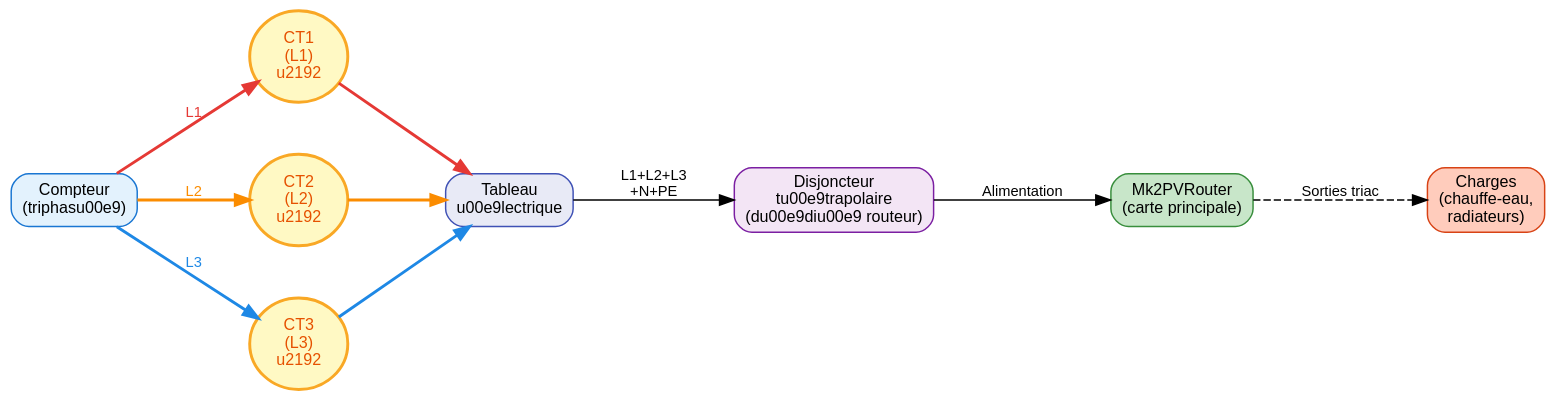
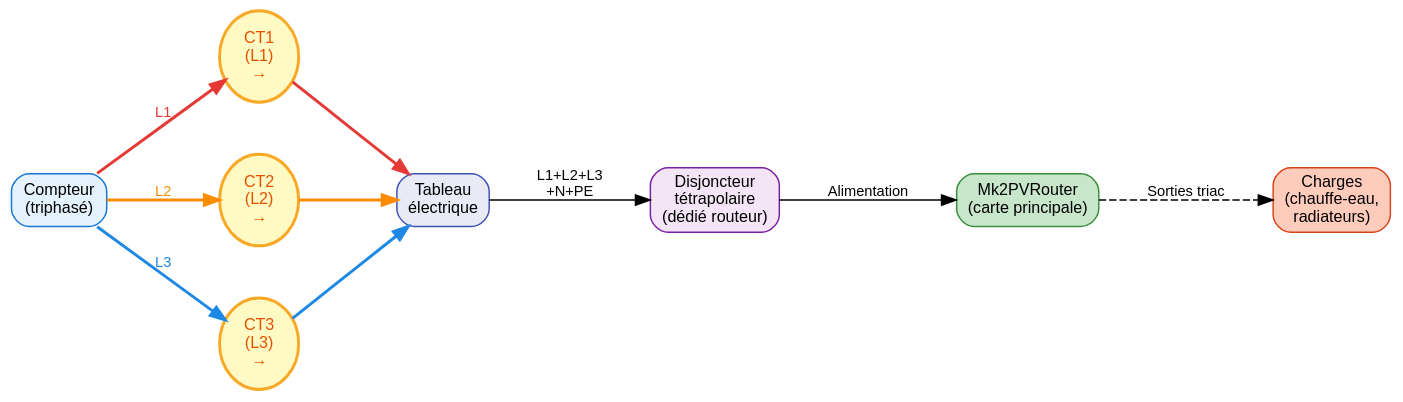
One commit to FredM67/Mk2PVRouter changed the second of 2 diagrams in content/installation-finale.rst. Above: the diagram before and after it, drawn with Graphviz. The commit also changed other lines of this file, not shown here.

Commit message:
fix: replace Unicode escape sequences with actual chars in CT diagrams
Graphviz doesn't interpret \uXXXX escapes — labels were showing
raw codes instead of characters like →, é, È.

```diff
--- a/content/installation-finale.rst
+++ b/content/installation-finale.rst
@@ -215,40 +215,40 @@
 .. graphviz::
    :caption: Emplacement des CT — Installation triphasée
    :align: center
    :alt: Schéma d'installation des capteurs de courant en triphasé
 
    digraph ct_tri {
        rankdir=LR;
        node [shape=box, style="rounded,filled", fontname="Arial", fontsize=11];
        edge [fontname="Arial", fontsize=10];
        nodesep=0.5;
        ranksep=0.9;
        bgcolor=transparent;
 
-       compteur [label="Compteur\n(triphas\u00e9)", fillcolor="#E3F2FD", color="#1976D2"];
+       compteur [label="Compteur\n(triphasé)", fillcolor="#E3F2FD", color="#1976D2"];
 
-       ct1 [label="CT1\n(L1)\n\u2192", shape=ellipse, fillcolor="#FFF9C4", color="#F9A825", fontcolor="#E65100", penwidth=2];
-       ct2 [label="CT2\n(L2)\n\u2192", shape=ellipse, fillcolor="#FFF9C4", color="#F9A825", fontcolor="#E65100", penwidth=2];
-       ct3 [label="CT3\n(L3)\n\u2192", shape=ellipse, fillcolor="#FFF9C4", color="#F9A825", fontcolor="#E65100", penwidth=2];
+       ct1 [label="CT1\n(L1)\n→", shape=ellipse, fillcolor="#FFF9C4", color="#F9A825", fontcolor="#E65100", penwidth=2];
+       ct2 [label="CT2\n(L2)\n→", shape=ellipse, fillcolor="#FFF9C4", color="#F9A825", fontcolor="#E65100", penwidth=2];
+       ct3 [label="CT3\n(L3)\n→", shape=ellipse, fillcolor="#FFF9C4", color="#F9A825", fontcolor="#E65100", penwidth=2];
 
-       tableau [label="Tableau\n\u00e9lectrique", fillcolor="#E8EAF6", color="#3F51B5"];
+       tableau [label="Tableau\nélectrique", fillcolor="#E8EAF6", color="#3F51B5"];
 
-       disj [label="Disjoncteur\nt\u00e9trapolaire\n(d\u00e9di\u00e9 routeur)", fillcolor="#F3E5F5", color="#7B1FA2"];
+       disj [label="Disjoncteur\ntétrapolaire\n(dédié routeur)", fillcolor="#F3E5F5", color="#7B1FA2"];
 
        routeur [label="Mk2PVRouter\n(carte principale)", fillcolor="#C8E6C9", color="#388E3C"];
 
        charges [label="Charges\n(chauffe-eau,\nradiateurs)", fillcolor="#FFCCBC", color="#D84315"];
 
        compteur -> ct1 [label="L1", color="#E53935", fontcolor="#E53935", penwidth=2];
        ct1 -> tableau [color="#E53935", penwidth=2];
 
        compteur -> ct2 [label="L2", color="#FB8C00", fontcolor="#FB8C00", penwidth=2];
        ct2 -> tableau [color="#FB8C00", penwidth=2];
 
        compteur -> ct3 [label="L3", color="#1E88E5", fontcolor="#1E88E5", penwidth=2];
        ct3 -> tableau [color="#1E88E5", penwidth=2];
 
        tableau -> disj [label="L1+L2+L3\n+N+PE"];
        disj -> routeur [label="Alimentation"];
        routeur -> charges [label="Sorties triac", style=dashed];
    }
```
